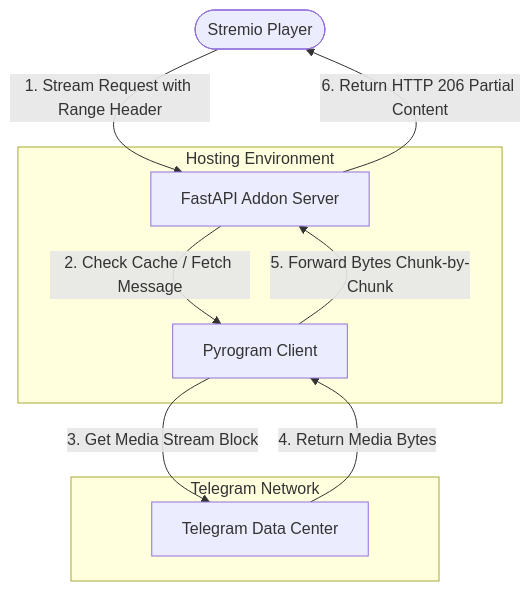
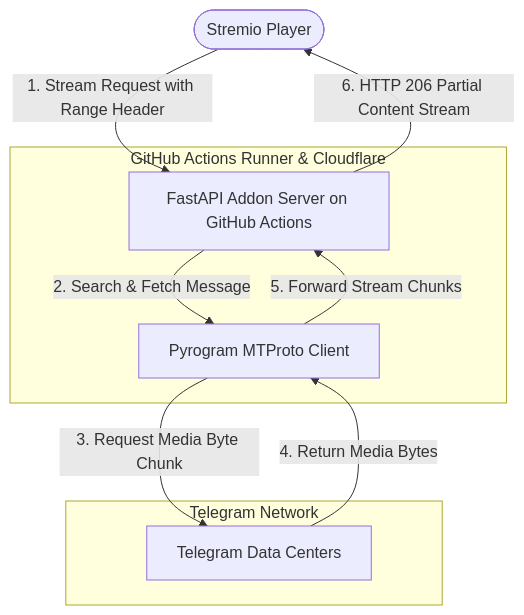
One commit to deepu2135/telegram-stremio changed the diagram in README.md. Above: the diagram before and after it, drawn with Mermaid. The commit also changed other lines of this file, not shown here.

Commit message:
docs: streamline README focusing exclusively on 24/7 GitHub Actions hosting

````diff
--- a/README.md
+++ b/README.md
@@ -139,18 +148,18 @@
 ```mermaid
 graph TD
-    User([Stremio Player]) -->|1. Stream Request with Range Header| Addon[FastAPI Addon Server]
-    Addon -->|2. Check Cache / Fetch Message| TGClient[Pyrogram Client]
-    TGClient -->|3. Get Media Stream Block| TGDC[Telegram Data Center]
+    User([Stremio Player]) -->|1. Stream Request with Range Header| Addon[FastAPI Addon Server on GitHub Actions]
+    Addon -->|2. Search & Fetch Message| TGClient[Pyrogram MTProto Client]
+    TGClient -->|3. Request Media Byte Chunk| TGDC[Telegram Data Centers]
     TGDC -->|4. Return Media Bytes| TGClient
-    TGClient -->|5. Forward Bytes Chunk-by-Chunk| Addon
-    Addon -->|6. Return HTTP 206 Partial Content| User
+    TGClient -->|5. Forward Stream Chunks| Addon
+    Addon -->|6. HTTP 206 Partial Content Stream| User
     
-    subgraph Hosting Environment
+    subgraph GitHub Actions Runner & Cloudflare
         Addon
         TGClient
     end
     
     subgraph Telegram Network
         TGDC
     end
 ```
````
